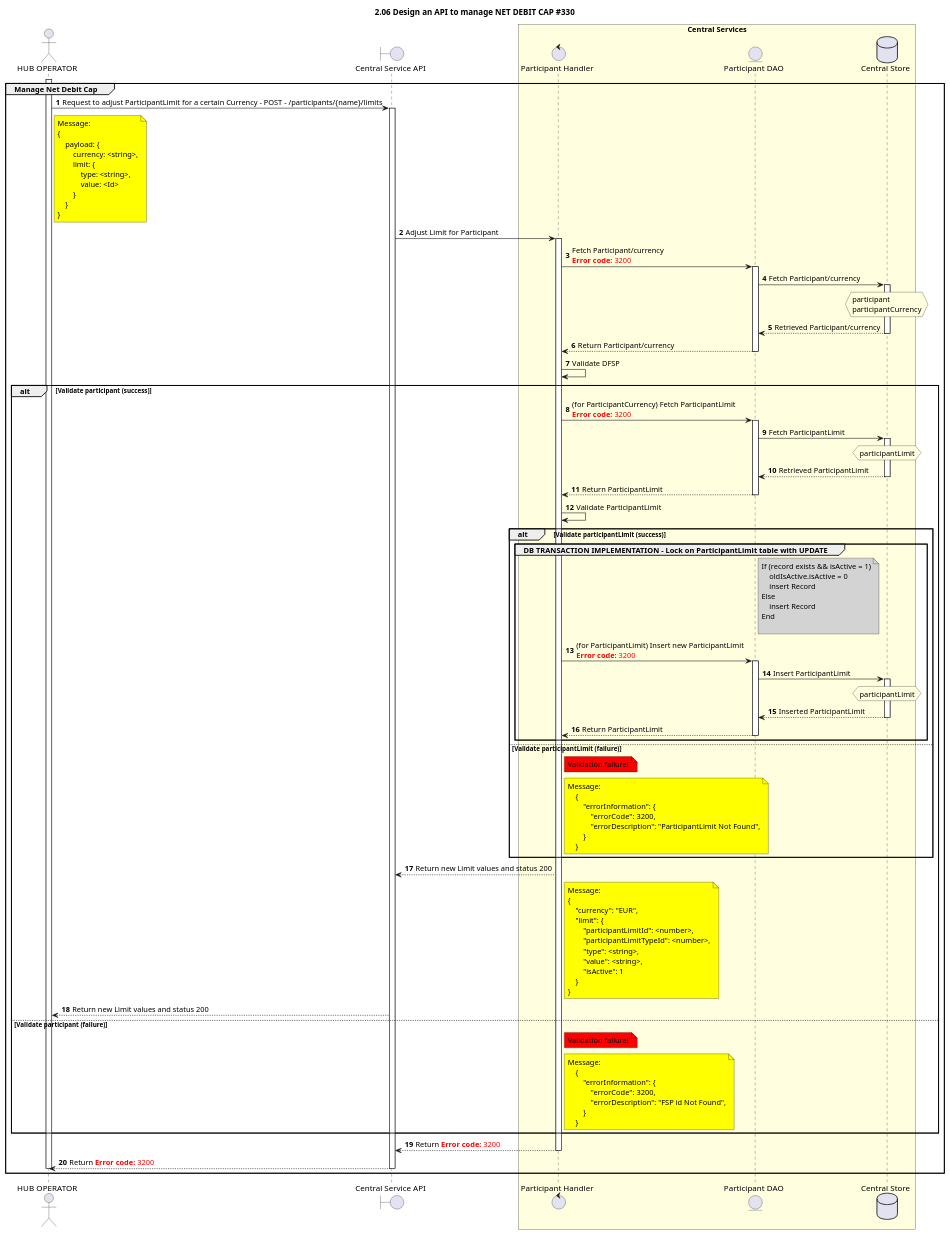
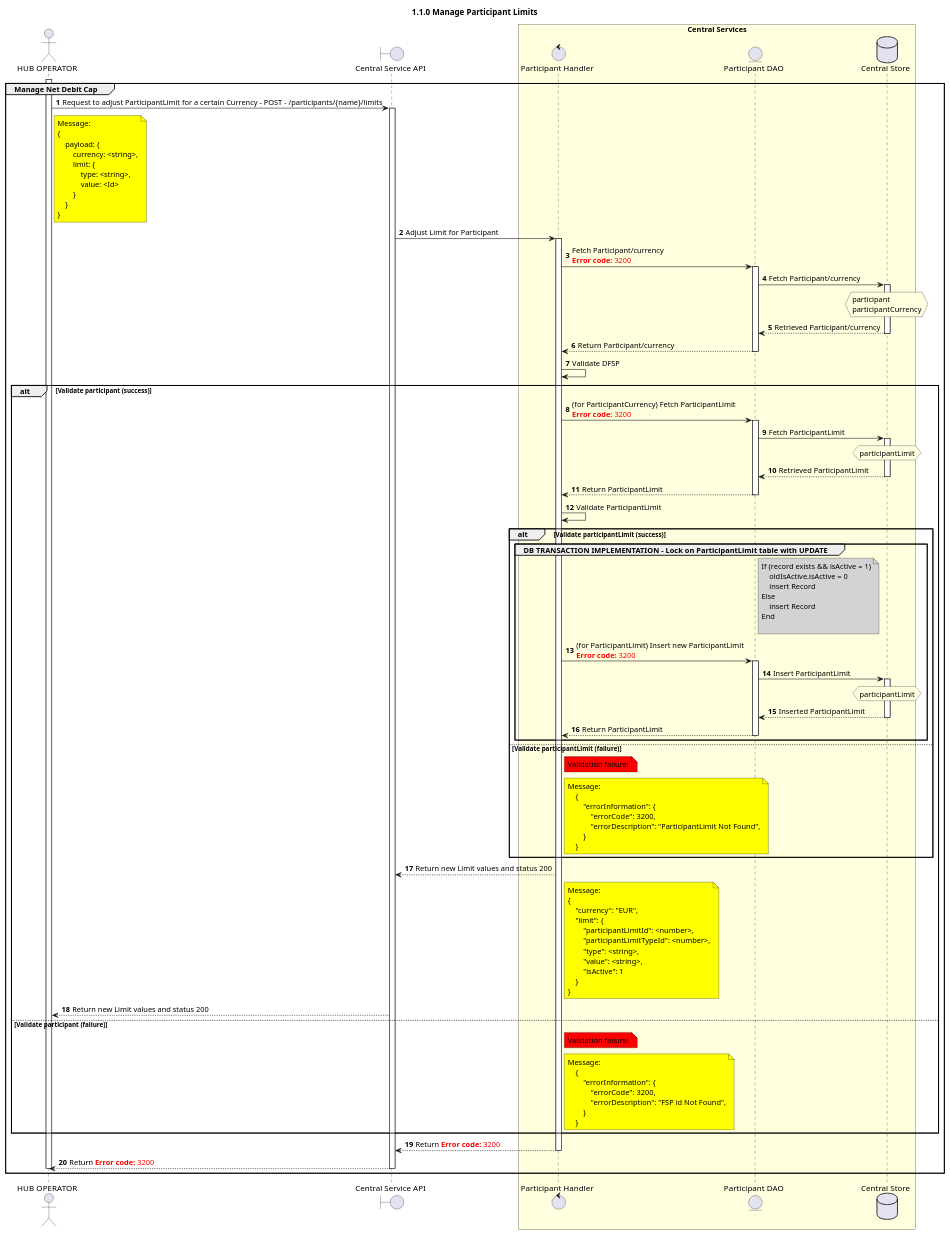
Before and after one commit to ggrg/docs: the diagram in CentralServices/seq_diagrams/participant/seq-manage-participant-limit-1.1.0.plantuml, drawn with PlantUML. The commit also changed 5 other files, not shown here.

```diff
--- a/CentralServices/seq_diagrams/participant/seq-manage-participant-limit-1.1.0.plantuml
+++ b/CentralServices/seq_diagrams/participant/seq-manage-participant-limit-1.1.0.plantuml
@@ -1,149 +1,149 @@
 @startuml
 ' declare title
-title 2.06 Design an API to manage NET DEBIT CAP #330
+title 1.1.0 Manage Participant Limits
 
 autonumber
 
 ' declare actors
 actor "HUB OPERATOR" as OPERATOR
 boundary "Central Service API" as CSAPI
 control "Participant Handler" as PARTICIPANT_HANDLER
 entity "Central Service API" as CSAPI
 entity "Participant DAO" as PARTICIPANT_DAO
 database "Central Store" as DB
 
 box "Central Services" #LightYellow
 participant PARTICIPANT_HANDLER
 participant PARTICIPANT_DAO
 participant DB
 end box
 
 ' start flow
 
 activate OPERATOR
 group Manage Net Debit Cap
     OPERATOR -> CSAPI: Request to adjust ParticipantLimit for a certain Currency - POST - /participants/{name}/limits
     note right of OPERATOR #yellow
         Message:
         {
             payload: {
                 currency: <string>,
                 limit: {
                     type: <string>,
                     value: <Id>
                 }
             }
         }
     end note
 
     activate CSAPI
     CSAPI -> PARTICIPANT_HANDLER: Adjust Limit for Participant
     activate PARTICIPANT_HANDLER
     PARTICIPANT_HANDLER ->PARTICIPANT_DAO: Fetch Participant/currency \n<color #FF0000><b>Error code:</b> 3200</color>
     activate PARTICIPANT_DAO
     PARTICIPANT_DAO -> DB: Fetch Participant/currency
     activate DB
     hnote over DB #lightyellow
         participant
         participantCurrency
     end note
     DB --> PARTICIPANT_DAO: Retrieved Participant/currency
     deactivate DB
     PARTICIPANT_DAO --> PARTICIPANT_HANDLER: Return Participant/currency
     deactivate PARTICIPANT_DAO
     PARTICIPANT_HANDLER -> PARTICIPANT_HANDLER: Validate DFSP
     alt Validate participant (success)
                 PARTICIPANT_HANDLER ->PARTICIPANT_DAO:  (for ParticipantCurrency) Fetch ParticipantLimit \n<color #FF0000><b>Error code:</b> 3200</color>
                 activate PARTICIPANT_DAO
                 PARTICIPANT_DAO -> DB: Fetch ParticipantLimit
                 activate DB
                 hnote over DB #lightyellow
                     participantLimit
                 end note
                 DB --> PARTICIPANT_DAO: Retrieved ParticipantLimit
                 deactivate DB
                 PARTICIPANT_DAO --> PARTICIPANT_HANDLER: Return ParticipantLimit
                 deactivate PARTICIPANT_DAO
                 PARTICIPANT_HANDLER -> PARTICIPANT_HANDLER: Validate ParticipantLimit
                 alt Validate participantLimit (success)
                     Group DB TRANSACTION IMPLEMENTATION - Lock on ParticipantLimit table with UPDATE
                     note right of PARTICIPANT_DAO #lightgrey
                         If (record exists && isActive = 1)
                             oldIsActive.isActive = 0
                             insert Record
                         Else
                             insert Record
                         End
 
                     end note
 
                     PARTICIPANT_HANDLER ->PARTICIPANT_DAO:  (for ParticipantLimit) Insert new ParticipantLimit \n<color #FF0000><b>Error code:</b> 3200</color>
 
                     activate PARTICIPANT_DAO
 
                     PARTICIPANT_DAO -> DB: Insert ParticipantLimit
                     activate DB
                     hnote over DB #lightyellow
                         participantLimit
                     end note
                     DB --> PARTICIPANT_DAO: Inserted ParticipantLimit
                     deactivate DB
                     PARTICIPANT_DAO --> PARTICIPANT_HANDLER: Return ParticipantLimit
 
 
                     deactivate PARTICIPANT_DAO
             ' Release Lock on ParticipantLimit table
                 End
 
          else Validate participantLimit (failure)
                     note right of PARTICIPANT_HANDLER #red: Validation failure!
 
                     note right of PARTICIPANT_HANDLER #yellow
                         Message:
                             {
                                 "errorInformation": {
                                     "errorCode": 3200,
                                     "errorDescription": "ParticipantLimit Not Found",
                                 }
                             }
                     end note
                 end
             PARTICIPANT_HANDLER --> CSAPI: Return new Limit values and status 200
                 note right of PARTICIPANT_HANDLER #yellow
                     Message:
                     {
                         "currency": "EUR",
                         "limit": {
                             "participantLimitId": <number>,
                             "participantLimitTypeId": <number>,
                             "type": <string>,
                             "value": <string>,
                             "isActive": 1
                         }
                     }
                 end note
             CSAPI --> OPERATOR: Return new Limit values and status 200
 
     else Validate participant (failure)
         note right of PARTICIPANT_HANDLER #red: Validation failure!
 
         note right of PARTICIPANT_HANDLER #yellow
             Message:
                 {
                     "errorInformation": {
                         "errorCode": 3200,
                         "errorDescription": "FSP id Not Found",
                     }
                 }
         end note
 
     end
         PARTICIPANT_HANDLER -->CSAPI: Return <color #FF0000><b>Error code:</b> 3200</color>
         deactivate PARTICIPANT_HANDLER
         CSAPI -->OPERATOR: Return <color #FF0000><b>Error code:</b> 3200</color>
 
     deactivate PARTICIPANT_HANDLER
     deactivate CSAPI
     deactivate OPERATOR
 end
 @enduml
```
